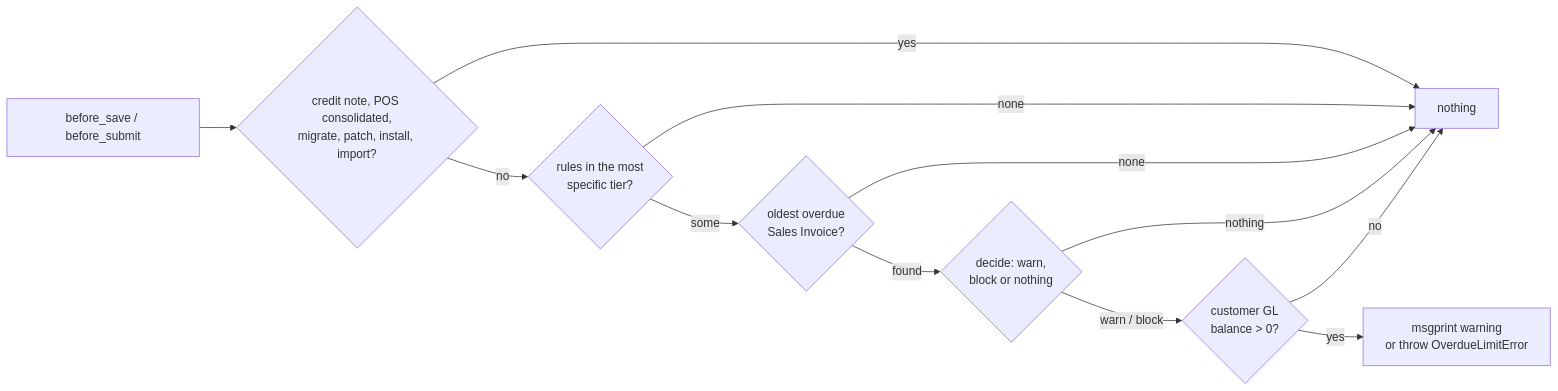
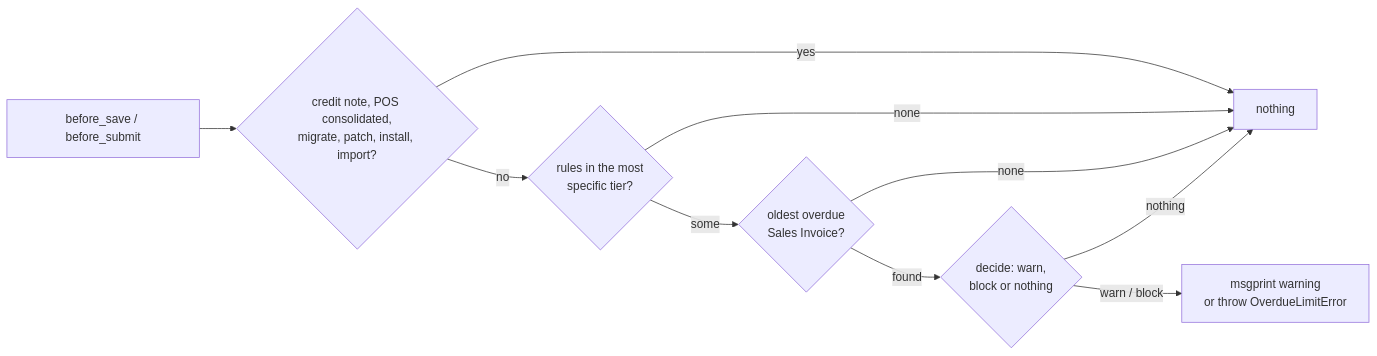
One commit to itsystematic/optima_payment changed the diagram in docs/overdue-limit/reference.md. Above: the diagram before and after it, drawn with Mermaid. The commit also changed other lines of this file and 4 other files, not shown here.

First line of the commit message:
feat(overdue-limit): block on an unpaid overdue invoice regardless of customer balance

````diff
--- a/docs/overdue-limit/reference.md
+++ b/docs/overdue-limit/reference.md
@@ -84,14 +84,12 @@
 ```mermaid
 flowchart LR
     A[before_save / before_submit] --> B{credit note, POS consolidated,<br>migrate, patch, install, import?}
     B -- yes --> Z[nothing]
     B -- no --> C{rules in the most<br>specific tier?}
     C -- none --> Z
     C -- some --> D{oldest overdue<br>Sales Invoice?}
     D -- none --> Z
     D -- found --> E{decide: warn,<br>block or nothing}
     E -- nothing --> Z
-    E -- warn / block --> F{customer GL<br>balance > 0?}
-    F -- no --> Z
-    F -- yes --> G[msgprint warning<br>or throw OverdueLimitError]
+    E -- warn / block --> G[msgprint warning<br>or throw OverdueLimitError]
 ```
````
